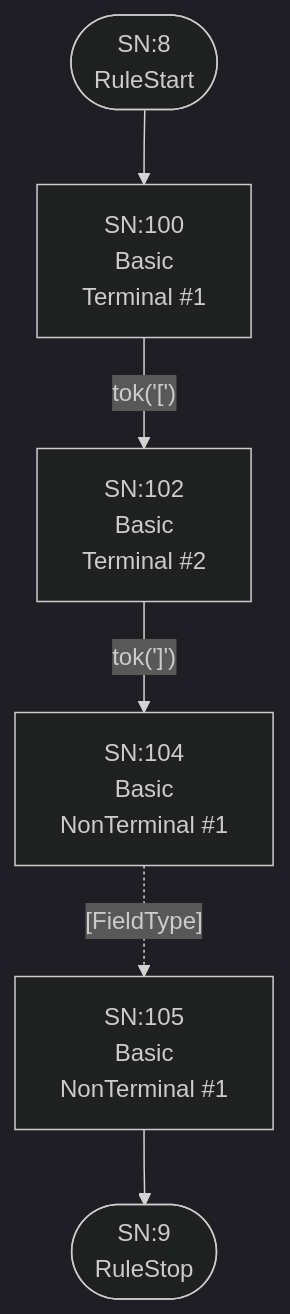
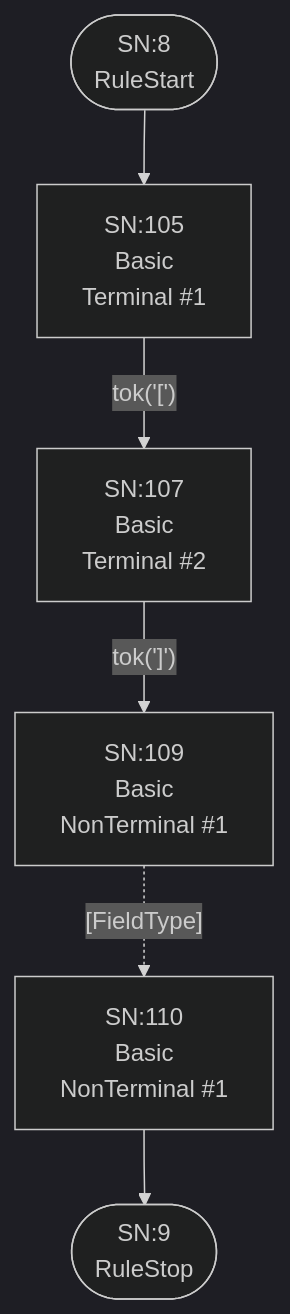
One commit to TypeFox/fastbelt changed the fifth of 25 diagrams in internal/grammar/atn.md. Above: the diagram before and after it, drawn with Mermaid (dark theme). The commit also changed other lines of this file and 13 other files, not shown here.

````diff
--- a/internal/grammar/atn.md
+++ b/internal/grammar/atn.md
@@ -154,15 +165,15 @@
 ```mermaid
 flowchart TD
     q8(["SN:8<br/>RuleStart"])
     q9(["SN:9<br/>RuleStop"])
-    q100["SN:100<br/>Basic<br/>Terminal #1"]
-    q101["SN:102<br/>Basic<br/>Terminal #2"]
-    q102["SN:104<br/>Basic<br/>NonTerminal #1"]
-    q103["SN:105<br/>Basic<br/>NonTerminal #1"]
+    q105["SN:105<br/>Basic<br/>Terminal #1"]
+    q106["SN:107<br/>Basic<br/>Terminal #2"]
+    q107["SN:109<br/>Basic<br/>NonTerminal #1"]
+    q108["SN:110<br/>Basic<br/>NonTerminal #1"]
 
-    q8 --> q100
-    q100 -->|"tok('[')"| q101
-    q101 -->|"tok(']')"| q102
-    q102 -.->|"[FieldType]"| q103
-    q103 --> q9
+    q8 --> q105
+    q105 -->|"tok('[')"| q106
+    q106 -->|"tok(']')"| q107
+    q107 -.->|"[FieldType]"| q108
+    q108 --> q9
 ```
````
